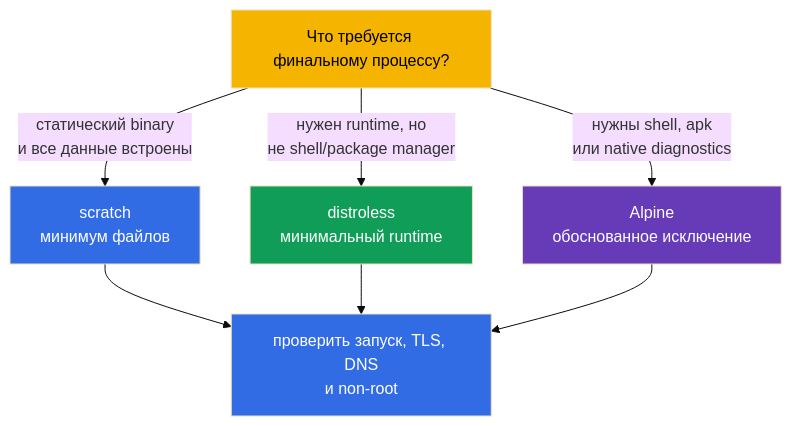
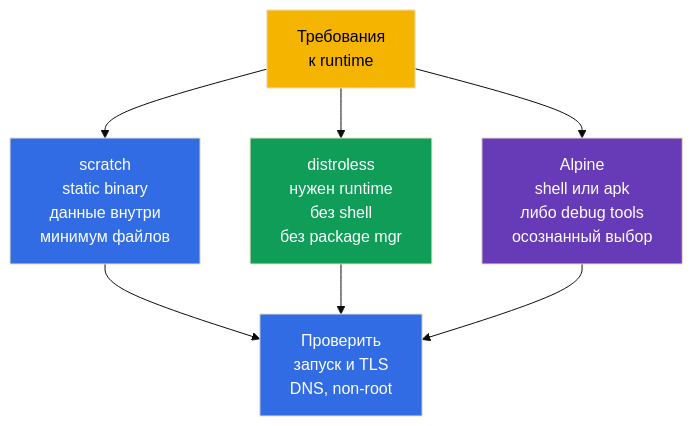
The second of 2 diagrams in tasks/cks/course/24/ru.md (ViktorUJ/cks), drawn with Mermaid (base theme) before and after one commit. The commit also changed other lines of this file and 19 other files, not shown here.

````diff
--- a/tasks/cks/course/24/ru.md
+++ b/tasks/cks/course/24/ru.md
@@ -84,15 +84,15 @@
 ```mermaid
 flowchart TB
-    q["Что требуется финальному процессу?"]
-    q -->|"статический binary<br/>и все данные встроены"| scratch["scratch<br/>минимум файлов"]
-    q -->|"нужен runtime, но<br/>не shell/package manager"| dist["distroless<br/>минимальный runtime"]
-    q -->|"нужны shell, apk<br/>или native diagnostics"| alpine["Alpine<br/>обоснованное исключение"]
-    scratch --> verify["проверить запуск, TLS, DNS<br/>и non-root"]
+    q["Требования<br/>к runtime"]
+    q --> scratch["scratch<br/>static binary<br/>данные внутри<br/>минимум файлов"]
+    q --> dist["distroless<br/>нужен runtime<br/>без shell<br/>без package mgr"]
+    q --> alpine["Alpine<br/>shell или apk<br/>либо debug tools<br/>осознанный выбор"]
+    scratch --> verify["Проверить<br/>запуск и TLS<br/>DNS, non-root"]
     dist --> verify
     alpine --> verify
     style q fill:#f4b400,color:#000
     style scratch fill:#326ce5,color:#fff
     style dist fill:#0f9d58,color:#fff
     style alpine fill:#673ab7,color:#fff
     style verify fill:#326ce5,color:#fff
 ```
````
